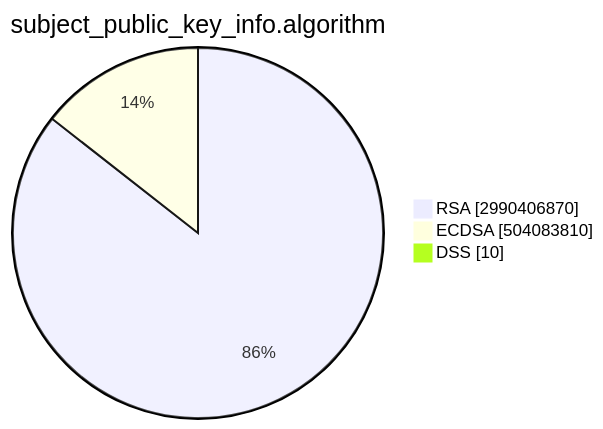
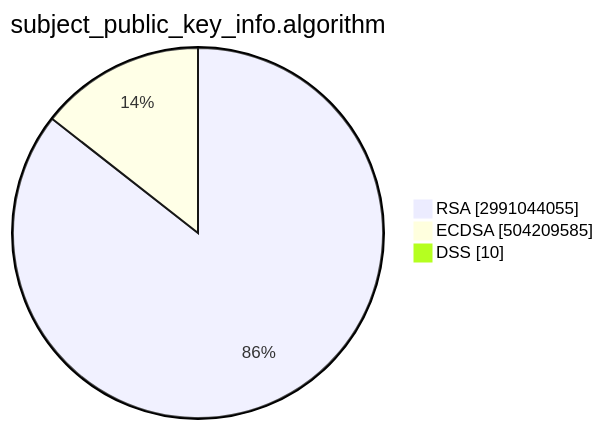
One commit to christiankrug/ctmonitor_visualization changed the second of 15 diagrams in TOTAL/README.md. Above: the diagram before and after it, drawn with Mermaid. The commit also changed other lines of this file, not shown here.

````diff
--- a/TOTAL/README.md
+++ b/TOTAL/README.md
@@ -6,7 +6,7 @@
 ```mermaid
 pie showData
 title subject_public_key_info.algorithm
-"RSA" :2990406870
-"ECDSA" :504083810
+"RSA" :2991044055
+"ECDSA" :504209585
 "DSS" :10
 ```
````
